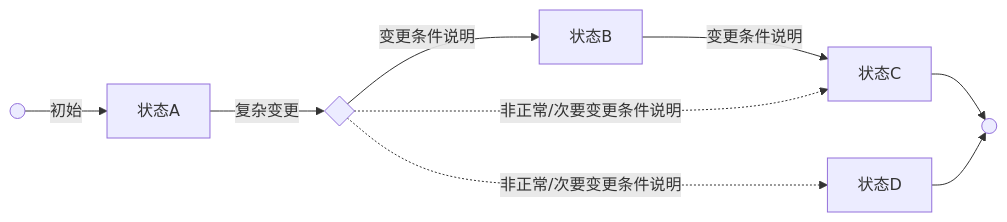
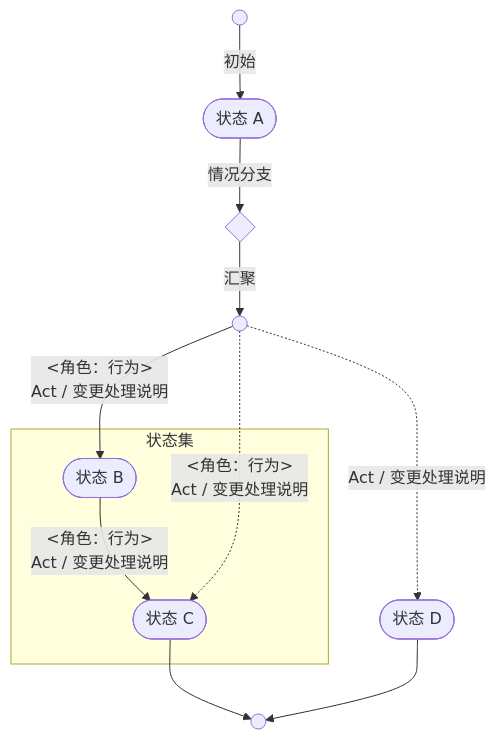
The eighth of 12 diagrams in released/demo/chart.md (MadMaxChow/VLOOK), drawn with Mermaid before and after one commit. The commit also changed other lines of this file and 96 other files, not shown here.

````diff
--- a/released/demo/chart.md
+++ b/released/demo/chart.md
@@ -460,15 +538,20 @@
 ```mermaid
-graph LR
-%% 流程图走方说明
+graph TB
+%% 图的方向说明
 %% LR：从左到图，RL：从右到左，TB：从上到下，BT：从下到上
 
-INIT(( )) -->	|初始|A[状态A]
-A --> |复杂变更|fork1{ }
-fork1 --> |变更条件说明|B[状态B]
-B --> |变更条件说明|C[状态C]
-fork1 -.-> |非正常/次要变更条件说明|C
+%% 正常情况
+INIT(( )) -->	|初始|A([状态 A])
+A --> |情况分支|join2{ } --> |汇聚|join1(( ))
+join1 --> |"<角色：行为>"<br>Act / 变更处理说明|B([状态 B])
+subgraph 状态集
+	B --> |"<角色：行为>"<br>Act / 变更处理说明|C([状态 C])
+end
 C --> FINAL
-fork1 -.-> |非正常/次要变更条件说明|D[状态D]
+
+%% 异常情况
+join1 -.-> |"<角色：行为>"<br>Act / 变更处理说明|C
+join1 -.-> |Act / 变更处理说明|D([状态 D])
 D --> FINAL
 FINAL(( ))
 ```
````
